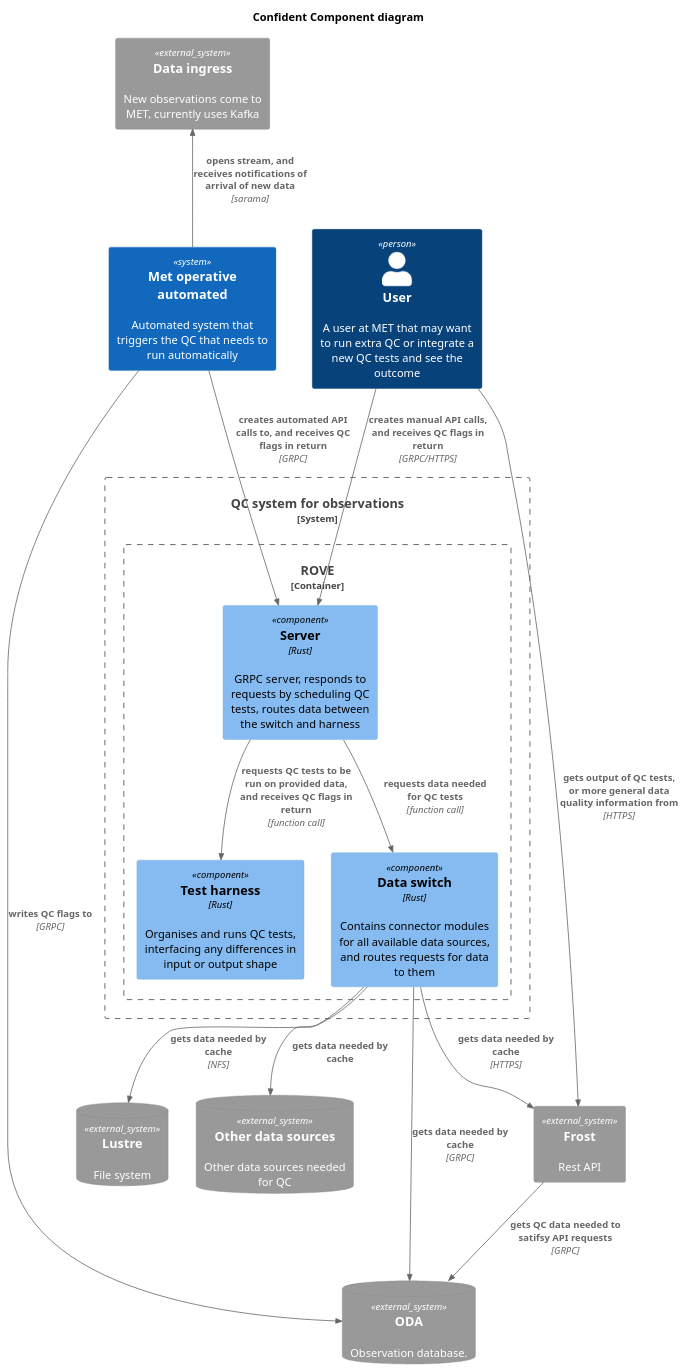
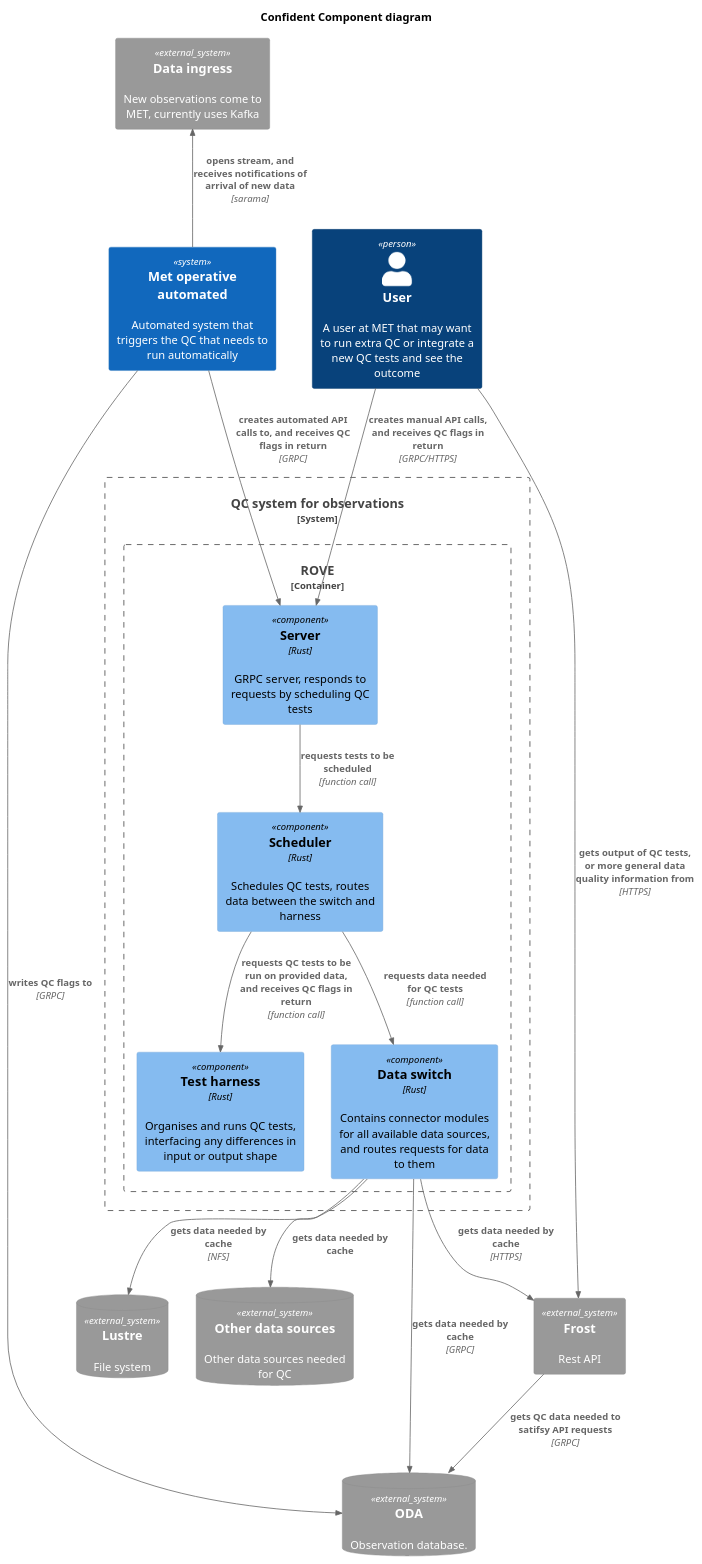
The diagram in docs/C4_component.puml (metno/rove), drawn with PlantUML before and after one commit. The commit also changed 5 other files, not shown here.

Commit message:
server: split non grpc related components into their own module

```diff
--- a/docs/C4_component.puml
+++ b/docs/C4_component.puml
@@ -1,43 +1,45 @@
 @startuml Confident_Component
 !include https://raw.githubusercontent.com/plantuml-stdlib/C4-PlantUML/master/C4_Component.puml
 
 LAYOUT_TOP_DOWN()
 
 title
   Confident Component diagram
 end title
 
 Person(user, "User", "A user at MET that may want to run extra QC or integrate a new QC tests and see the outcome")
 System(new_obs_system, "Met operative automated", "Automated system that triggers the QC that needs to run automatically")
 System_Ext(kafka, "Data ingress", "New observations come to MET, currently uses Kafka")
 
 System_Ext(frost, "Frost", "Rest API")
 SystemDb_Ext(oda, "ODA", "Observation database.")
 SystemDb_Ext(lustre, "Lustre", "File system")
 SystemDb_Ext(datasources, "Other data sources", "Other data sources needed for QC")
 
 System_Boundary(Confident, "QC system for observations") {
   Container_Boundary(rove, "ROVE") {
-    Component(server, "Server", "Rust", "GRPC server, responds to requests by scheduling QC tests, routes data between the switch and harness")
+    Component(server, "Server", "Rust", "GRPC server, responds to requests by scheduling QC tests")
+    Component(scheduler, "Scheduler", "Rust", "Schedules QC tests, routes data between the switch and harness")
     Component(test_harness, "Test harness", "Rust", "Organises and runs QC tests, interfacing any differences in input or output shape")
     Component(data_switch, "Data switch", "Rust", "Contains connector modules for all available data sources, and routes requests for data to them")
   }
 }
 
 Rel_U(new_obs_system, kafka, "opens stream, and receives notifications of arrival of new data", "sarama")
 Rel(new_obs_system, oda, "writes QC flags to", "GRPC")
 Rel(new_obs_system, server, "creates automated API calls to, and receives QC flags in return", "GRPC")
 
-Rel(server, data_switch, "requests data needed for QC tests", "function call")
+Rel(server, scheduler, "requests tests to be scheduled", "function call")
+Rel(scheduler, data_switch, "requests data needed for QC tests", "function call")
 
 Rel(data_switch, oda, "gets data needed by cache", "GRPC")
 Rel(data_switch, lustre, "gets data needed by cache", "NFS")
 Rel(data_switch, frost, "gets data needed by cache", "HTTPS")
 Rel(data_switch, datasources, "gets data needed by cache")
 
-Rel(server, test_harness, "requests QC tests to be run on provided data, and receives QC flags in return", "function call")
+Rel(scheduler, test_harness, "requests QC tests to be run on provided data, and receives QC flags in return", "function call")
 
 Rel(user, server, "creates manual API calls, and receives QC flags in return", "GRPC/HTTPS")
 Rel(user, frost, "gets output of QC tests, or more general data quality information from", "HTTPS")
 Rel(frost, oda, "gets QC data needed to satifsy API requests", "GRPC")
 @enduml
```
